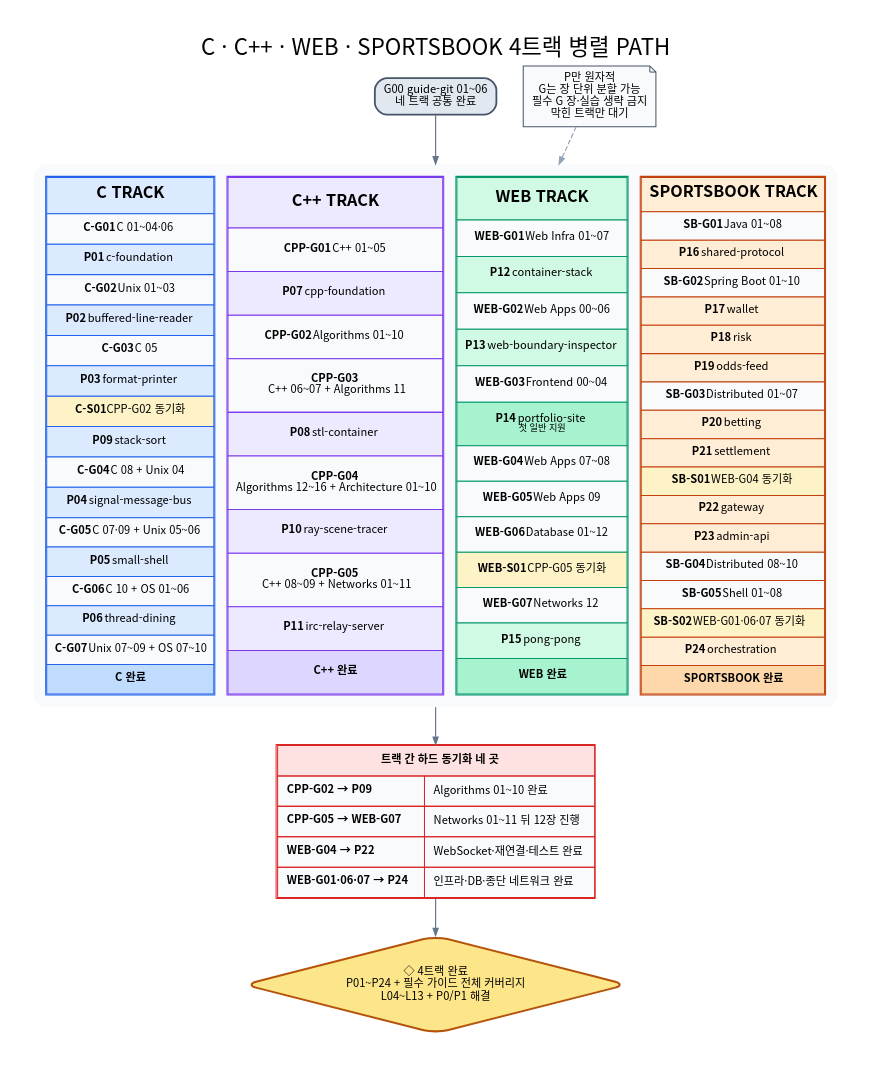
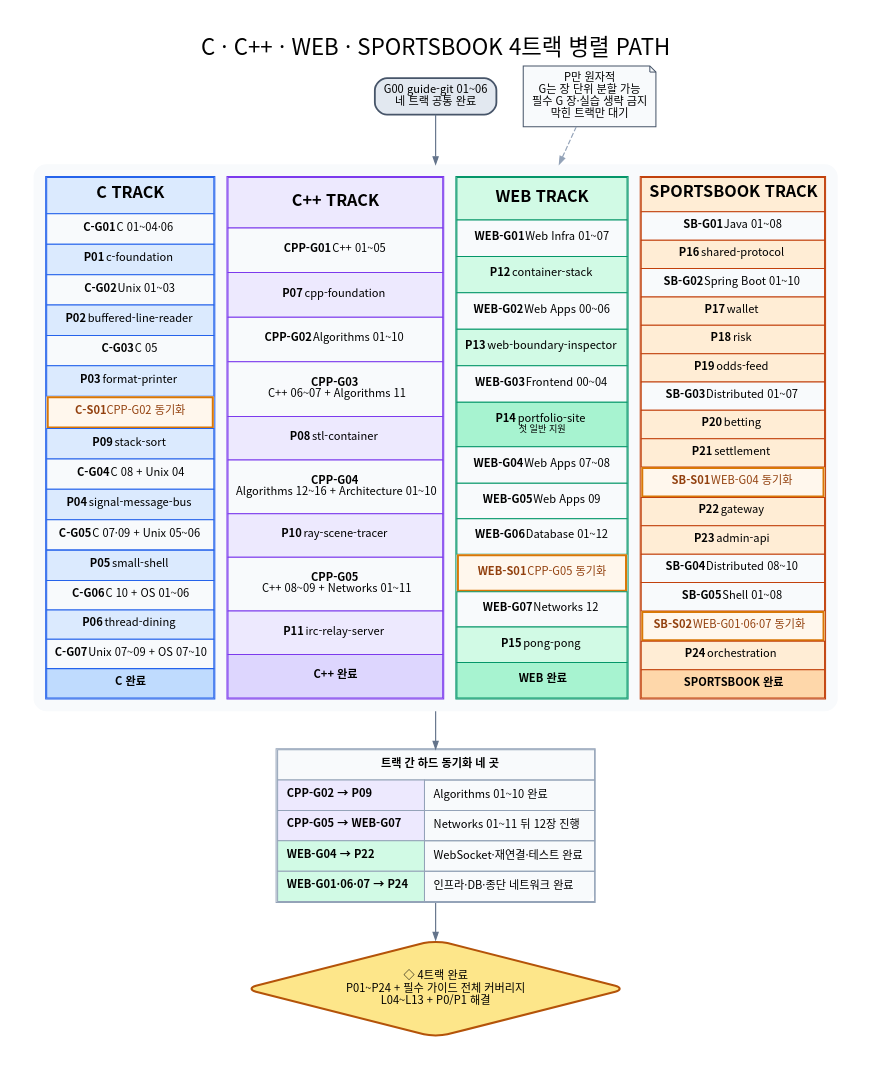
One commit to woopinbell/engineering-path-review changed the diagram in assets/path/parallel-path.dot. Above: the diagram before and after it, drawn with Graphviz. The commit also changed 13 other files, not shown here.

```diff
--- a/assets/path/parallel-path.dot
+++ b/assets/path/parallel-path.dot
@@ -1,111 +1,111 @@
 digraph ParallelPathOverview {
   graph [rankdir=TB, bgcolor="white", pad="0.35", nodesep="0.36", ranksep="0.52",
     fontname="Noto Sans CJK KR", fontsize=22,
     label="C · C++ · WEB · SPORTSBOOK 4트랙 병렬 PATH", labelloc=t, splines=polyline];
   node [shape=box, style="rounded,filled", fontname="Noto Sans CJK KR", fontsize=11,
     margin="0.14,0.09", color="#64748b", fillcolor="#f8fafc"];
   edge [fontname="Noto Sans CJK KR", fontsize=9, color="#64748b", arrowsize=0.72, penwidth=1.15];
 
   START [label="G00 guide-git 01~06\n네 트랙 공통 완료", fillcolor="#e2e8f0", color="#475569", penwidth=1.8];
 
   TRACKS [shape=plain, label=<
     <TABLE BORDER="0" CELLBORDER="0" CELLSPACING="12" CELLPADDING="0">
       <TR>
         <TD VALIGN="TOP">
           <TABLE BORDER="1" CELLBORDER="1" CELLSPACING="0" CELLPADDING="7" COLOR="#2563eb">
             <TR><TD BGCOLOR="#dbeafe"><FONT POINT-SIZE="16"><B>C TRACK</B></FONT></TD></TR>
             <TR><TD BGCOLOR="#f8fafc"><B>C-G01</B> C 01~04·06</TD></TR>
             <TR><TD BGCOLOR="#dbeafe"><B>P01</B> c-foundation</TD></TR>
             <TR><TD BGCOLOR="#f8fafc"><B>C-G02</B> Unix 01~03</TD></TR>
             <TR><TD BGCOLOR="#dbeafe"><B>P02</B> buffered-line-reader</TD></TR>
             <TR><TD BGCOLOR="#f8fafc"><B>C-G03</B> C 05</TD></TR>
             <TR><TD BGCOLOR="#dbeafe"><B>P03</B> format-printer</TD></TR>
-            <TR><TD BGCOLOR="#fef3c7"><B>C-S01</B> CPP-G02 동기화</TD></TR>
+            <TR><TD BGCOLOR="#fff7ed" BORDER="2" COLOR="#d97706"><FONT COLOR="#92400e"><B>C-S01</B> CPP-G02 동기화</FONT></TD></TR>
             <TR><TD BGCOLOR="#dbeafe"><B>P09</B> stack-sort</TD></TR>
             <TR><TD BGCOLOR="#f8fafc"><B>C-G04</B> C 08 + Unix 04</TD></TR>
             <TR><TD BGCOLOR="#dbeafe"><B>P04</B> signal-message-bus</TD></TR>
             <TR><TD BGCOLOR="#f8fafc"><B>C-G05</B> C 07·09 + Unix 05~06</TD></TR>
             <TR><TD BGCOLOR="#dbeafe"><B>P05</B> small-shell</TD></TR>
             <TR><TD BGCOLOR="#f8fafc"><B>C-G06</B> C 10 + OS 01~06</TD></TR>
             <TR><TD BGCOLOR="#dbeafe"><B>P06</B> thread-dining</TD></TR>
             <TR><TD BGCOLOR="#f8fafc"><B>C-G07</B> Unix 07~09 + OS 07~10</TD></TR>
             <TR><TD BGCOLOR="#bfdbfe"><B>C 완료</B></TD></TR>
           </TABLE>
         </TD>
         <TD VALIGN="TOP">
           <TABLE BORDER="1" CELLBORDER="1" CELLSPACING="0" CELLPADDING="7" COLOR="#7c3aed">
             <TR><TD BGCOLOR="#ede9fe"><FONT POINT-SIZE="16"><B>C++ TRACK</B></FONT></TD></TR>
             <TR><TD BGCOLOR="#f8fafc"><B>CPP-G01</B> C++ 01~05</TD></TR>
             <TR><TD BGCOLOR="#ede9fe"><B>P07</B> cpp-foundation</TD></TR>
             <TR><TD BGCOLOR="#f8fafc"><B>CPP-G02</B> Algorithms 01~10</TD></TR>
             <TR><TD BGCOLOR="#f8fafc"><B>CPP-G03</B><BR/>C++ 06~07 + Algorithms 11</TD></TR>
             <TR><TD BGCOLOR="#ede9fe"><B>P08</B> stl-container</TD></TR>
             <TR><TD BGCOLOR="#f8fafc"><B>CPP-G04</B><BR/>Algorithms 12~16 + Architecture 01~10</TD></TR>
             <TR><TD BGCOLOR="#ede9fe"><B>P10</B> ray-scene-tracer</TD></TR>
             <TR><TD BGCOLOR="#f8fafc"><B>CPP-G05</B><BR/>C++ 08~09 + Networks 01~11</TD></TR>
             <TR><TD BGCOLOR="#ede9fe"><B>P11</B> irc-relay-server</TD></TR>
             <TR><TD BGCOLOR="#ddd6fe"><B>C++ 완료</B></TD></TR>
           </TABLE>
         </TD>
         <TD VALIGN="TOP">
           <TABLE BORDER="1" CELLBORDER="1" CELLSPACING="0" CELLPADDING="7" COLOR="#059669">
             <TR><TD BGCOLOR="#d1fae5"><FONT POINT-SIZE="16"><B>WEB TRACK</B></FONT></TD></TR>
             <TR><TD BGCOLOR="#f8fafc"><B>WEB-G01</B> Web Infra 01~07</TD></TR>
             <TR><TD BGCOLOR="#d1fae5"><B>P12</B> container-stack</TD></TR>
             <TR><TD BGCOLOR="#f8fafc"><B>WEB-G02</B> Web Apps 00~06</TD></TR>
             <TR><TD BGCOLOR="#d1fae5"><B>P13</B> web-boundary-inspector</TD></TR>
             <TR><TD BGCOLOR="#f8fafc"><B>WEB-G03</B> Frontend 00~04</TD></TR>
             <TR><TD BGCOLOR="#a7f3d0"><B>P14</B> portfolio-site<BR/><FONT POINT-SIZE="9">첫 일반 지원</FONT></TD></TR>
             <TR><TD BGCOLOR="#f8fafc"><B>WEB-G04</B> Web Apps 07~08</TD></TR>
             <TR><TD BGCOLOR="#f8fafc"><B>WEB-G05</B> Web Apps 09</TD></TR>
             <TR><TD BGCOLOR="#f8fafc"><B>WEB-G06</B> Database 01~12</TD></TR>
-            <TR><TD BGCOLOR="#fef3c7"><B>WEB-S01</B> CPP-G05 동기화</TD></TR>
+            <TR><TD BGCOLOR="#fff7ed" BORDER="2" COLOR="#d97706"><FONT COLOR="#92400e"><B>WEB-S01</B> CPP-G05 동기화</FONT></TD></TR>
             <TR><TD BGCOLOR="#f8fafc"><B>WEB-G07</B> Networks 12</TD></TR>
             <TR><TD BGCOLOR="#d1fae5"><B>P15</B> pong-pong</TD></TR>
             <TR><TD BGCOLOR="#a7f3d0"><B>WEB 완료</B></TD></TR>
           </TABLE>
         </TD>
         <TD VALIGN="TOP">
           <TABLE BORDER="1" CELLBORDER="1" CELLSPACING="0" CELLPADDING="7" COLOR="#c2410c">
             <TR><TD BGCOLOR="#ffedd5"><FONT POINT-SIZE="16"><B>SPORTSBOOK TRACK</B></FONT></TD></TR>
             <TR><TD BGCOLOR="#f8fafc"><B>SB-G01</B> Java 01~08</TD></TR>
             <TR><TD BGCOLOR="#ffedd5"><B>P16</B> shared-protocol</TD></TR>
             <TR><TD BGCOLOR="#f8fafc"><B>SB-G02</B> Spring Boot 01~10</TD></TR>
             <TR><TD BGCOLOR="#ffedd5"><B>P17</B> wallet</TD></TR>
             <TR><TD BGCOLOR="#ffedd5"><B>P18</B> risk</TD></TR>
             <TR><TD BGCOLOR="#ffedd5"><B>P19</B> odds-feed</TD></TR>
             <TR><TD BGCOLOR="#f8fafc"><B>SB-G03</B> Distributed 01~07</TD></TR>
             <TR><TD BGCOLOR="#ffedd5"><B>P20</B> betting</TD></TR>
             <TR><TD BGCOLOR="#ffedd5"><B>P21</B> settlement</TD></TR>
-            <TR><TD BGCOLOR="#fef3c7"><B>SB-S01</B> WEB-G04 동기화</TD></TR>
+            <TR><TD BGCOLOR="#fff7ed" BORDER="2" COLOR="#d97706"><FONT COLOR="#92400e"><B>SB-S01</B> WEB-G04 동기화</FONT></TD></TR>
             <TR><TD BGCOLOR="#ffedd5"><B>P22</B> gateway</TD></TR>
             <TR><TD BGCOLOR="#ffedd5"><B>P23</B> admin-api</TD></TR>
             <TR><TD BGCOLOR="#f8fafc"><B>SB-G04</B> Distributed 08~10</TD></TR>
             <TR><TD BGCOLOR="#f8fafc"><B>SB-G05</B> Shell 01~08</TD></TR>
-            <TR><TD BGCOLOR="#fef3c7"><B>SB-S02</B> WEB-G01·06·07 동기화</TD></TR>
+            <TR><TD BGCOLOR="#fff7ed" BORDER="2" COLOR="#d97706"><FONT COLOR="#92400e"><B>SB-S02</B> WEB-G01·06·07 동기화</FONT></TD></TR>
             <TR><TD BGCOLOR="#ffedd5"><B>P24</B> orchestration</TD></TR>
             <TR><TD BGCOLOR="#fed7aa"><B>SPORTSBOOK 완료</B></TD></TR>
           </TABLE>
         </TD>
       </TR>
     </TABLE>
   >];
 
   SYNC [shape=plain, label=<
-    <TABLE BORDER="1" CELLBORDER="1" CELLSPACING="0" CELLPADDING="8" COLOR="#dc2626">
-      <TR><TD BGCOLOR="#fee2e2" COLSPAN="2"><B>트랙 간 하드 동기화 네 곳</B></TD></TR>
-      <TR><TD ALIGN="LEFT"><B>CPP-G02 → P09</B></TD><TD ALIGN="LEFT">Algorithms 01~10 완료</TD></TR>
-      <TR><TD ALIGN="LEFT"><B>CPP-G05 → WEB-G07</B></TD><TD ALIGN="LEFT">Networks 01~11 뒤 12장 진행</TD></TR>
-      <TR><TD ALIGN="LEFT"><B>WEB-G04 → P22</B></TD><TD ALIGN="LEFT">WebSocket·재연결·테스트 완료</TD></TR>
-      <TR><TD ALIGN="LEFT"><B>WEB-G01·06·07 → P24</B></TD><TD ALIGN="LEFT">인프라·DB·종단 네트워크 완료</TD></TR>
+    <TABLE BORDER="1" CELLBORDER="1" CELLSPACING="0" CELLPADDING="8" COLOR="#94a3b8">
+      <TR><TD BGCOLOR="#f8fafc" COLSPAN="2"><B>트랙 간 하드 동기화 네 곳</B></TD></TR>
+      <TR><TD ALIGN="LEFT" BGCOLOR="#ede9fe"><B>CPP-G02 → P09</B></TD><TD ALIGN="LEFT">Algorithms 01~10 완료</TD></TR>
+      <TR><TD ALIGN="LEFT" BGCOLOR="#ede9fe"><B>CPP-G05 → WEB-G07</B></TD><TD ALIGN="LEFT">Networks 01~11 뒤 12장 진행</TD></TR>
+      <TR><TD ALIGN="LEFT" BGCOLOR="#d1fae5"><B>WEB-G04 → P22</B></TD><TD ALIGN="LEFT">WebSocket·재연결·테스트 완료</TD></TR>
+      <TR><TD ALIGN="LEFT" BGCOLOR="#d1fae5"><B>WEB-G01·06·07 → P24</B></TD><TD ALIGN="LEFT">인프라·DB·종단 네트워크 완료</TD></TR>
     </TABLE>
   >];
 
   RULE [shape=note, label="P만 원자적\nG는 장 단위 분할 가능\n필수 G 장·실습 생략 금지\n막힌 트랙만 대기", fillcolor="#f8fafc", color="#475569"];
 
   COMPLETE [label="◇ 4트랙 완료\nP01~P24 + 필수 가이드 전체 커버리지\nL04~L13 + P0/P1 해결", shape=diamond,
     fillcolor="#fde68a", color="#b45309", penwidth=2];
 
   START -> TRACKS -> SYNC -> COMPLETE;
   RULE -> TRACKS [style=dashed, color="#94a3b8", constraint=false];
 }
```
